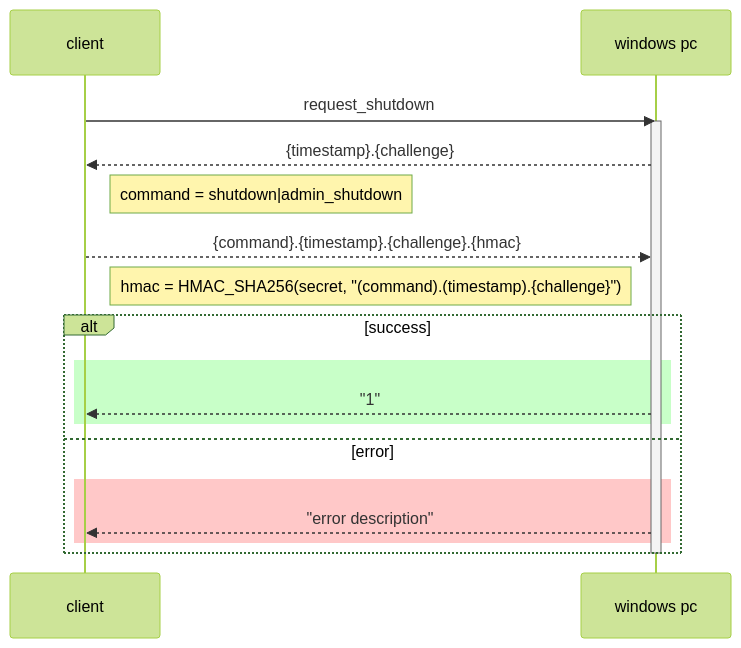
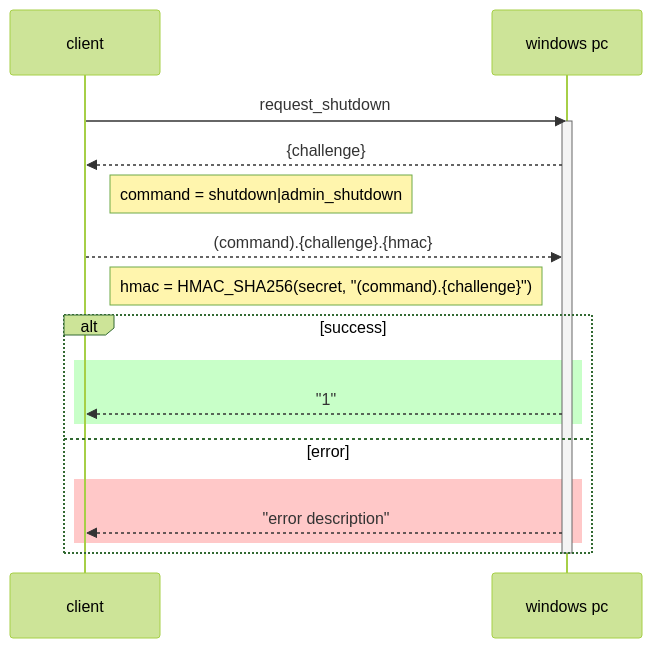
The diagram in doc/sequence.mmd (tripplet/remote-shutdown), drawn with Mermaid (forest theme) before and after one commit.

Commit message:
Refactor sequence diagram for shutdown request

```diff
--- a/doc/sequence.mmd
+++ b/doc/sequence.mmd
@@ -1,19 +1,19 @@
 sequenceDiagram
     client->>windows pc: request_shutdown
     activate windows pc
-    windows pc-->>client: {timestamp}.{challenge}
+    windows pc-->>client: {challenge}
 
     Note right of client: command = shutdown|admin_shutdown
-    client-->>windows pc: {command}.{timestamp}.{challenge}.{hmac}
+    client-->>windows pc: (command).{challenge}.{hmac}
 
-    Note right of client: hmac = HMAC_SHA256(secret, "(command).(timestamp).{challenge}")
+    Note right of client: hmac = HMAC_SHA256(secret, "(command).{challenge}")
     alt success
         rect rgb(200, 255, 200)
             windows pc-->>client: "1"
         end
     else error
         rect rgb(255, 200, 200)
             windows pc-->>client: "error description"
         end
     end
     deactivate windows pc
```
